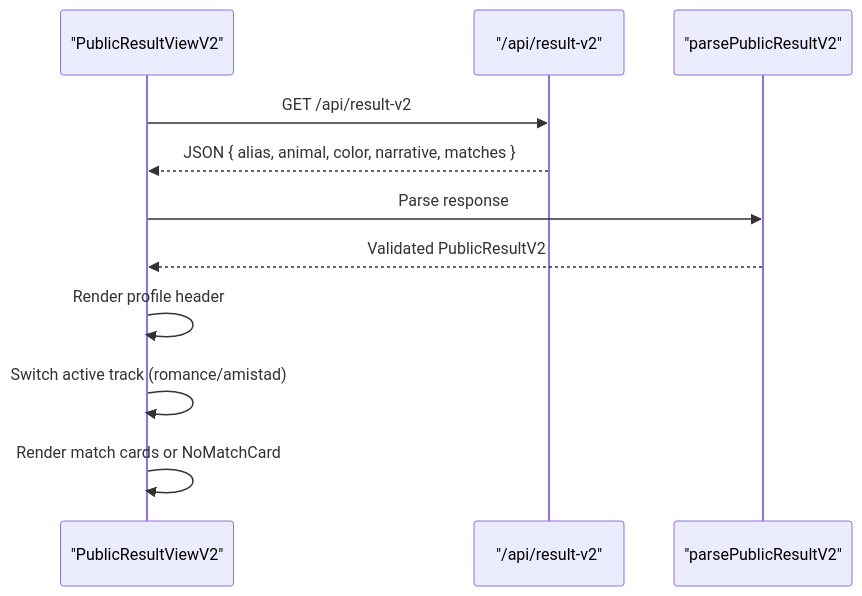
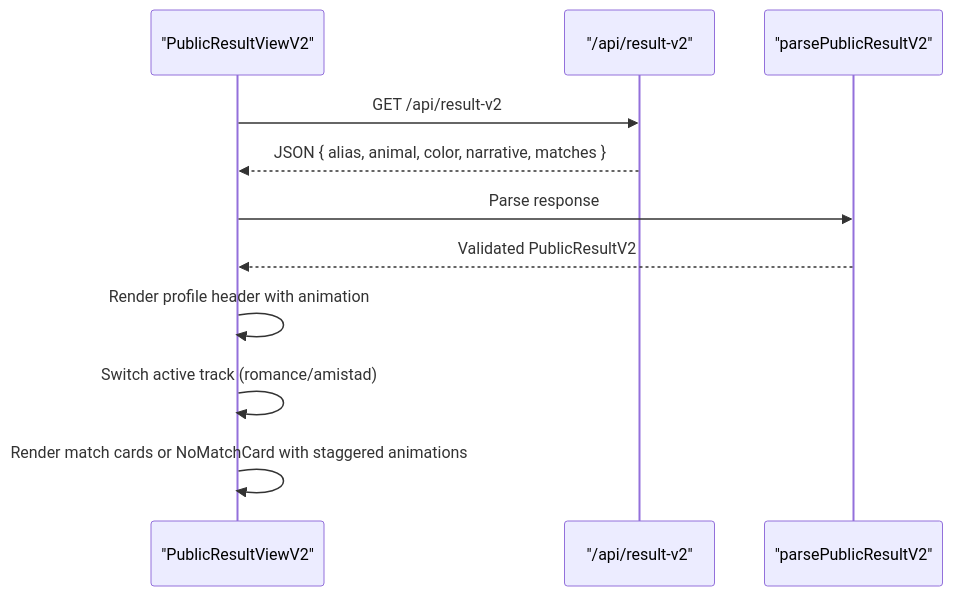
Before and after one commit to AmeliaDi/ProyectoENESZooMatch: the fourth of 9 diagrams in .qoder/repowiki/en/content/Core Components/Interactive Quiz Interface v2.md, drawn with Mermaid. The commit also changed other lines of this file and 43 other files, not shown here.

````diff
--- a/.qoder/repowiki/en/content/Core Components/Interactive Quiz Interface v2.md
+++ b/.qoder/repowiki/en/content/Core Components/Interactive Quiz Interface v2.md
@@ -226,13 +245,13 @@
 ```mermaid
 sequenceDiagram
 participant UI as "PublicResultViewV2"
 participant API as "/api/result-v2"
 participant Parser as "parsePublicResultV2"
 UI->>API : GET /api/result-v2
 API-->>UI : JSON { alias, animal, color, narrative, matches }
 UI->>Parser : Parse response
 Parser-->>UI : Validated PublicResultV2
-UI->>UI : Render profile header
+UI->>UI : Render profile header with animation
 UI->>UI : Switch active track (romance/amistad)
-UI->>UI : Render match cards or NoMatchCard
+UI->>UI : Render match cards or NoMatchCard with staggered animations
 ```
````
